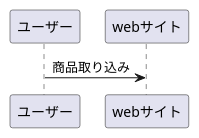
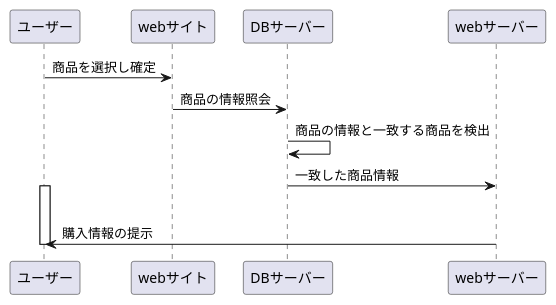
Before and after one commit to Aso2001195/2021sys-design: the diagram in kadai7.md, drawn with PlantUML.

````diff
--- a/kadai7.md
+++ b/kadai7.md
@@ -1,5 +1,12 @@
 ```uml
 @startuml
-ユーザー->webサイト:商品取り込み
+ユーザー->webサイト:商品を選択し確定
+webサイト->DBサーバー:商品の情報照会
+DBサーバー->DBサーバー:商品の情報と一致する商品を検出
+DBサーバー->webサーバー:一致した商品情報
+activate ユーザー
+alt 商品の在庫有
+webサーバー->ユーザー:購入情報の提示
+deactivate ユーザー
 @enduml
 ```
````
